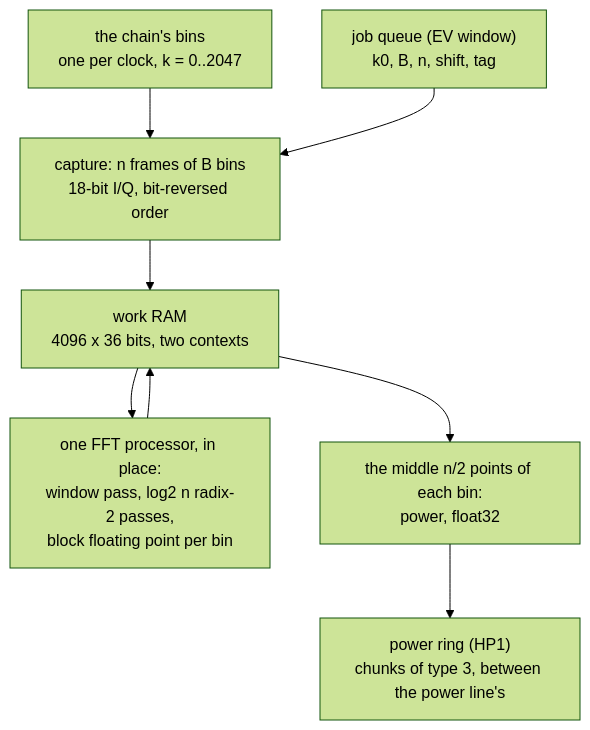
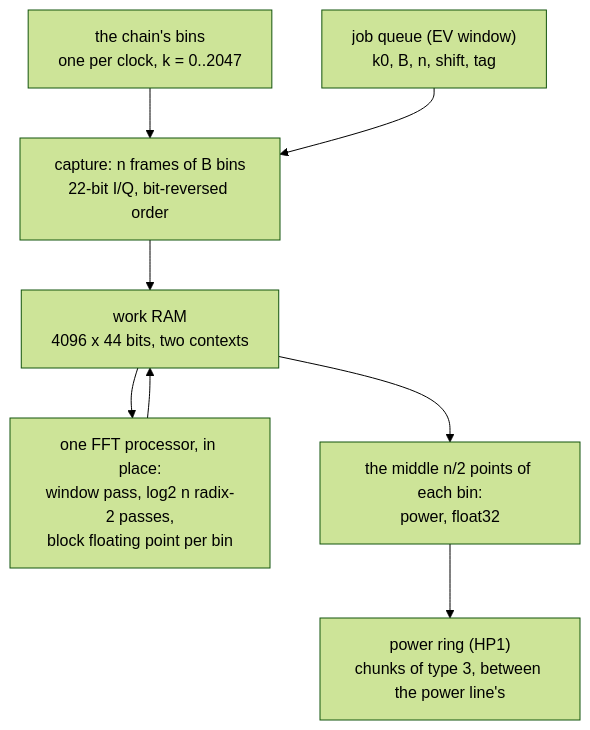
Before and after one commit to jeskko/web888-ng-hw: the third of 3 diagrams in docs/channelizer.md, drawn with Mermaid (forest theme). The commit also changed other lines of this file and 20 other files, not shown here.

````diff
--- a/docs/channelizer.md
+++ b/docs/channelizer.md
@@ -519,10 +519,10 @@
 ```mermaid
 flowchart TD
-  bins["the chain's bins<br/>one per clock, k = 0..2047"] --> cap["capture: n frames of B bins<br/>18-bit I/Q, bit-reversed order"]
+  bins["the chain's bins<br/>one per clock, k = 0..2047"] --> cap["capture: n frames of B bins<br/>22-bit I/Q, bit-reversed order"]
   jobs["job queue (EV window)<br/>k0, B, n, shift, tag"] --> cap
-  cap --> ram["work RAM<br/>4096 x 36 bits, two contexts"]
+  cap --> ram["work RAM<br/>4096 x 44 bits, two contexts"]
   ram --> fft["one FFT processor, in place:<br/>window pass, log2 n radix-2 passes,<br/>block floating point per bin"]
   fft --> ram
   ram --> out["the middle n/2 points of each bin:<br/>power, float32"]
   out --> ring["power ring (HP1)<br/>chunks of type 3, between the power line's"]
 ```
````
